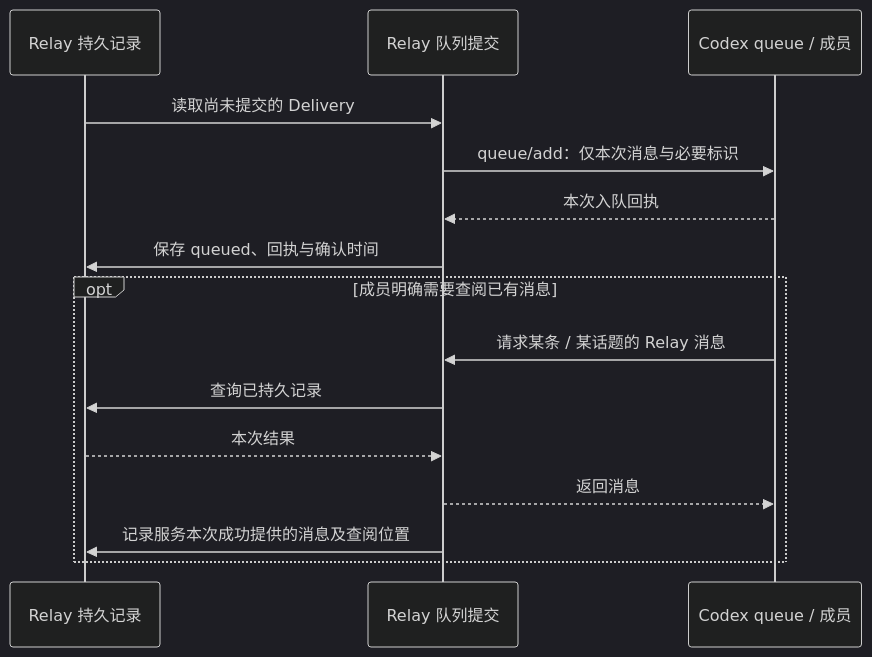
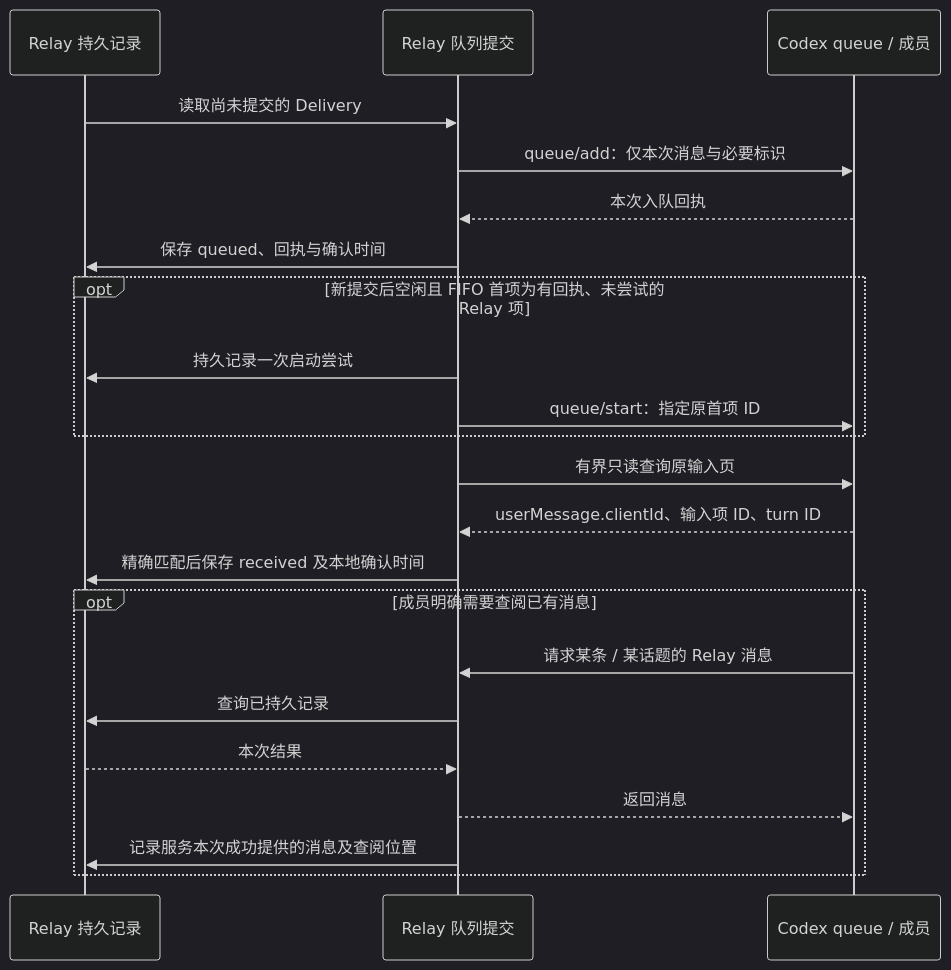
The fourth of 5 diagrams in docs/design/codex-session-chat-collaboration.md (leoninew/agent-relay), drawn with Mermaid (dark theme) before and after one commit. The commit also changed other lines of this file and 118 other files, not shown here.

````diff
--- a/docs/design/codex-session-chat-collaboration.md
+++ b/docs/design/codex-session-chat-collaboration.md
@@ -283,17 +290,24 @@
 ```mermaid
 sequenceDiagram
     participant DB as Relay 持久记录
     participant R as Relay 队列提交
     participant C as Codex queue / 成员
     DB->>R: 读取尚未提交的 Delivery
     R->>C: queue/add：仅本次消息与必要标识
     C-->>R: 本次入队回执
     R->>DB: 保存 queued、回执与确认时间
+    opt 新提交后空闲且 FIFO 首项为有回执、未尝试的 Relay 项
+        R->>DB: 持久记录一次启动尝试
+        R->>C: queue/start：指定原首项 ID
+    end
+    R->>C: 有界只读查询原输入页
+    C-->>R: userMessage.clientId、输入项 ID、turn ID
+    R->>DB: 精确匹配后保存 received 及本地确认时间
     opt 成员明确需要查阅已有消息
         C->>R: 请求某条 / 某话题的 Relay 消息
         R->>DB: 查询已持久记录
         DB-->>R: 本次结果
         R-->>C: 返回消息
         R->>DB: 记录服务本次成功提供的消息及查阅位置
     end
 ```
````
